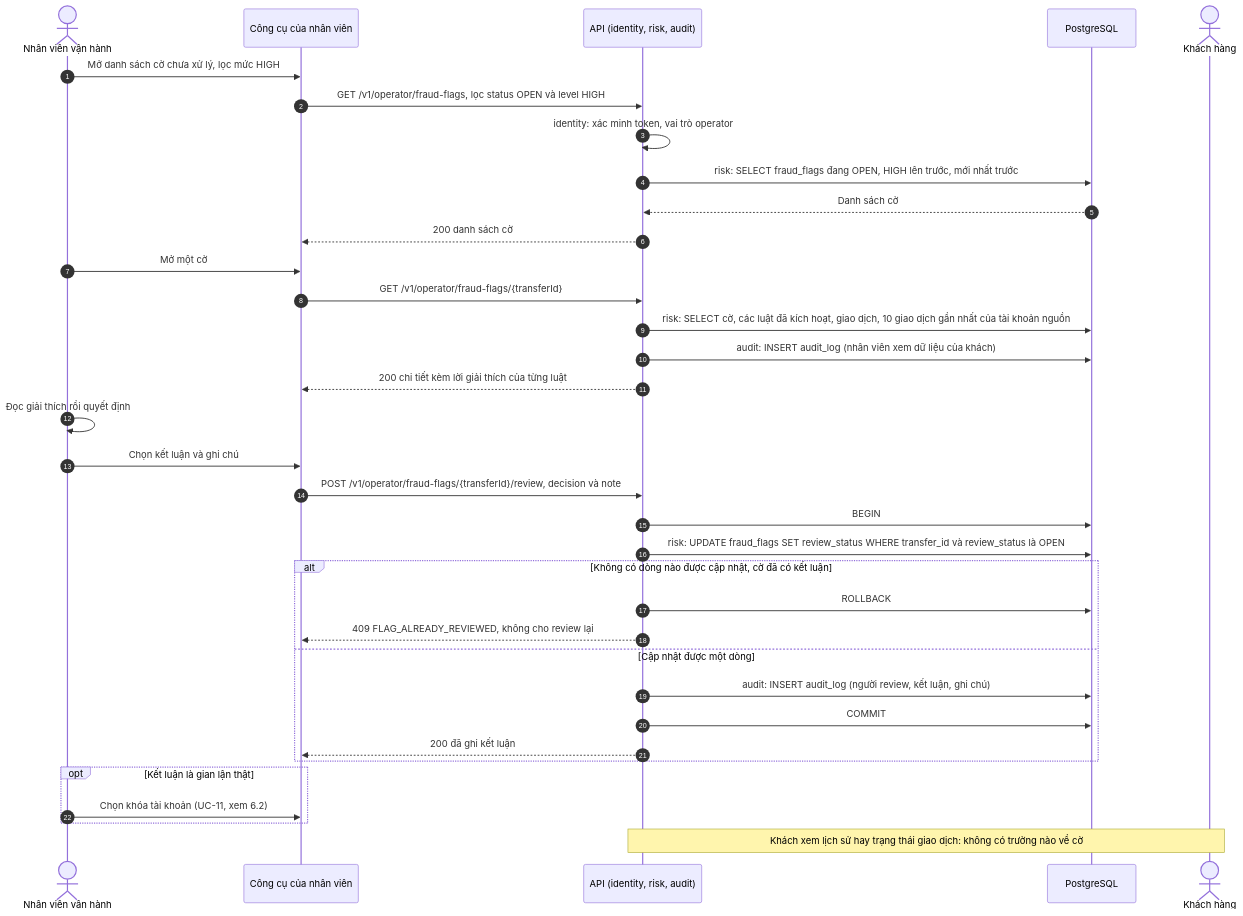
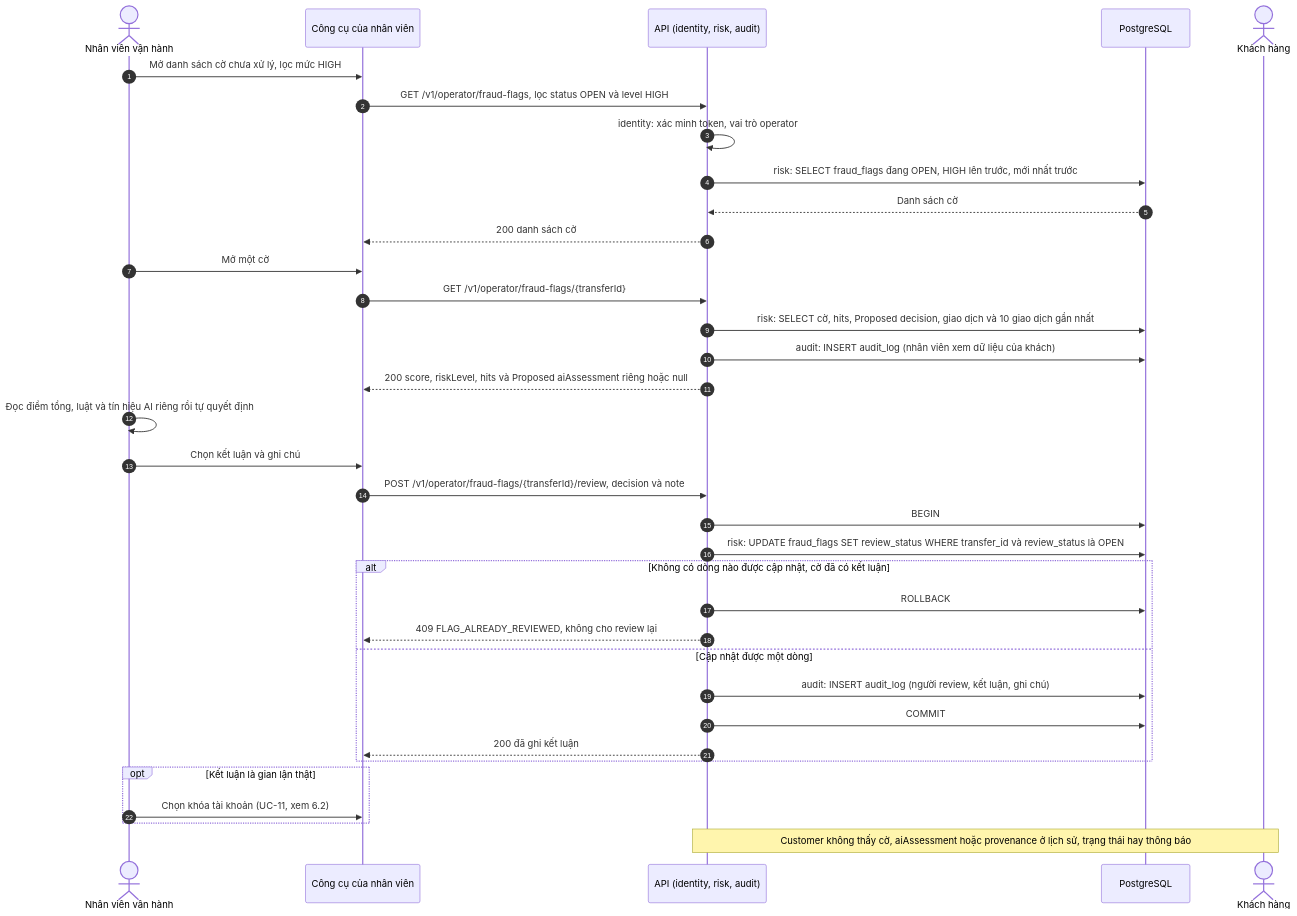
One commit to Lawliet119/digital-banking-simulator changed the eighth of 14 diagrams in docs/03_HIGH_LEVEL_ARCHITECTURE.md. Above: the diagram before and after it, drawn with Mermaid. The commit also changed other lines of this file and 18 other files, not shown here.

Commit message:
docs(risk): đề xuất fraud rules kết hợp API AI

````diff
--- a/docs/03_HIGH_LEVEL_ARCHITECTURE.md
+++ b/docs/03_HIGH_LEVEL_ARCHITECTURE.md
@@ -403,38 +430,38 @@
 ```mermaid
 sequenceDiagram
     autonumber
     actor NV as Nhân viên vận hành
     participant APP as Công cụ của nhân viên
     participant API as API (identity, risk, audit)
     participant DB as PostgreSQL
     actor KH as Khách hàng
 
     NV->>APP: Mở danh sách cờ chưa xử lý, lọc mức HIGH
     APP->>API: GET /v1/operator/fraud-flags, lọc status OPEN và level HIGH
     API->>API: identity: xác minh token, vai trò operator
     API->>DB: risk: SELECT fraud_flags đang OPEN, HIGH lên trước, mới nhất trước
     DB-->>API: Danh sách cờ
     API-->>APP: 200 danh sách cờ
     NV->>APP: Mở một cờ
     APP->>API: GET /v1/operator/fraud-flags/{transferId}
-    API->>DB: risk: SELECT cờ, các luật đã kích hoạt, giao dịch, 10 giao dịch gần nhất của tài khoản nguồn
+    API->>DB: risk: SELECT cờ, hits, Proposed decision, giao dịch và 10 giao dịch gần nhất
     API->>DB: audit: INSERT audit_log (nhân viên xem dữ liệu của khách)
-    API-->>APP: 200 chi tiết kèm lời giải thích của từng luật
-    NV->>NV: Đọc giải thích rồi quyết định
+    API-->>APP: 200 score, riskLevel, hits và Proposed aiAssessment riêng hoặc null
+    NV->>NV: Đọc điểm tổng, luật và tín hiệu AI riêng rồi tự quyết định
     NV->>APP: Chọn kết luận và ghi chú
     APP->>API: POST /v1/operator/fraud-flags/{transferId}/review, decision và note
     API->>DB: BEGIN
     API->>DB: risk: UPDATE fraud_flags SET review_status WHERE transfer_id và review_status là OPEN
     alt Không có dòng nào được cập nhật, cờ đã có kết luận
         API->>DB: ROLLBACK
         API-->>APP: 409 FLAG_ALREADY_REVIEWED, không cho review lại
     else Cập nhật được một dòng
         API->>DB: audit: INSERT audit_log (người review, kết luận, ghi chú)
         API->>DB: COMMIT
         API-->>APP: 200 đã ghi kết luận
     end
     opt Kết luận là gian lận thật
         NV->>APP: Chọn khóa tài khoản (UC-11, xem 6.2)
     end
-    Note over KH,API: Khách xem lịch sử hay trạng thái giao dịch: không có trường nào về cờ
+    Note over KH,API: Customer không thấy cờ, aiAssessment hoặc provenance ở lịch sử, trạng thái hay thông báo
 ```
````
